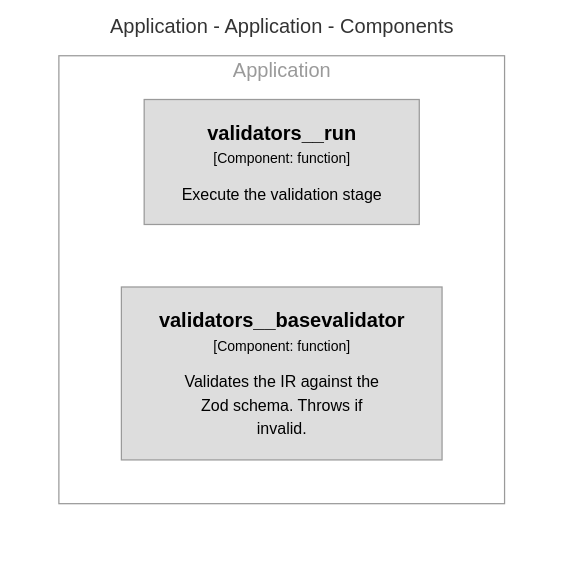
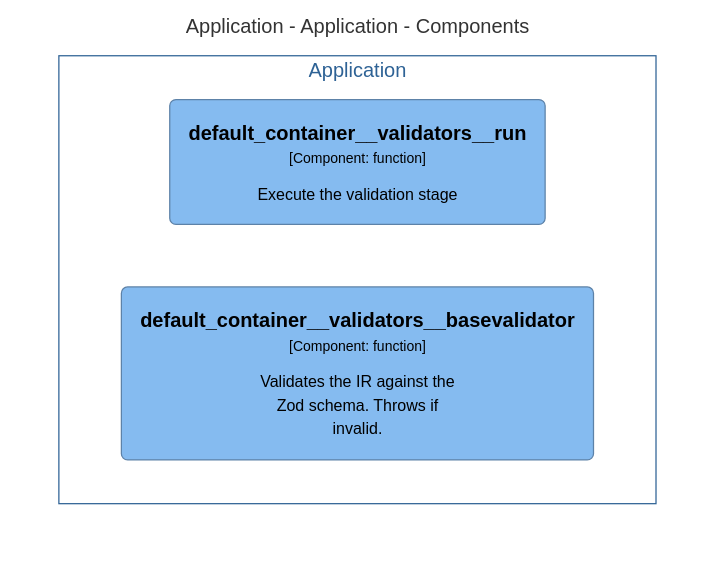
Before and after one commit to chrislyons-dev/archlette: the diagram in docs/architecture/diagrams/mermaid/structurizr-Classes_default_container__validators.mmd, drawn with Mermaid. The commit also changed 187 other files, not shown here.

```diff
--- a/docs/architecture/diagrams/mermaid/structurizr-Classes_default_container__validators.mmd
+++ b/docs/architecture/diagrams/mermaid/structurizr-Classes_default_container__validators.mmd
@@ -1,16 +1,16 @@
 graph TB
   linkStyle default fill:#ffffff
 
   subgraph diagram ["Application - Application - Components"]
     style diagram fill:#ffffff,stroke:#ffffff
 
     subgraph 8 ["Application"]
-      style 8 fill:#ffffff,stroke:#9a9a9a,color:#9a9a9a
+      style 8 fill:#ffffff,stroke:#2e6295,color:#2e6295
 
-      26["<div style='font-weight: bold'>validators__run</div><div style='font-size: 70%; margin-top: 0px'>[Component: function]</div><div style='font-size: 80%; margin-top:10px'>Execute the validation stage</div>"]
-      style 26 fill:#dddddd,stroke:#9a9a9a,color:#000000
-      78["<div style='font-weight: bold'>validators__basevalidator</div><div style='font-size: 70%; margin-top: 0px'>[Component: function]</div><div style='font-size: 80%; margin-top:10px'>Validates the IR against the<br />Zod schema. Throws if<br />invalid.</div>"]
-      style 78 fill:#dddddd,stroke:#9a9a9a,color:#000000
+      31("<div style='font-weight: bold'>default_container__validators__run</div><div style='font-size: 70%; margin-top: 0px'>[Component: function]</div><div style='font-size: 80%; margin-top:10px'>Execute the validation stage</div>")
+      style 31 fill:#85bbf0,stroke:#5d82a8,color:#000000
+      97("<div style='font-weight: bold'>default_container__validators__basevalidator</div><div style='font-size: 70%; margin-top: 0px'>[Component: function]</div><div style='font-size: 80%; margin-top:10px'>Validates the IR against the<br />Zod schema. Throws if<br />invalid.</div>")
+      style 97 fill:#85bbf0,stroke:#5d82a8,color:#000000
     end
 
   end
```
